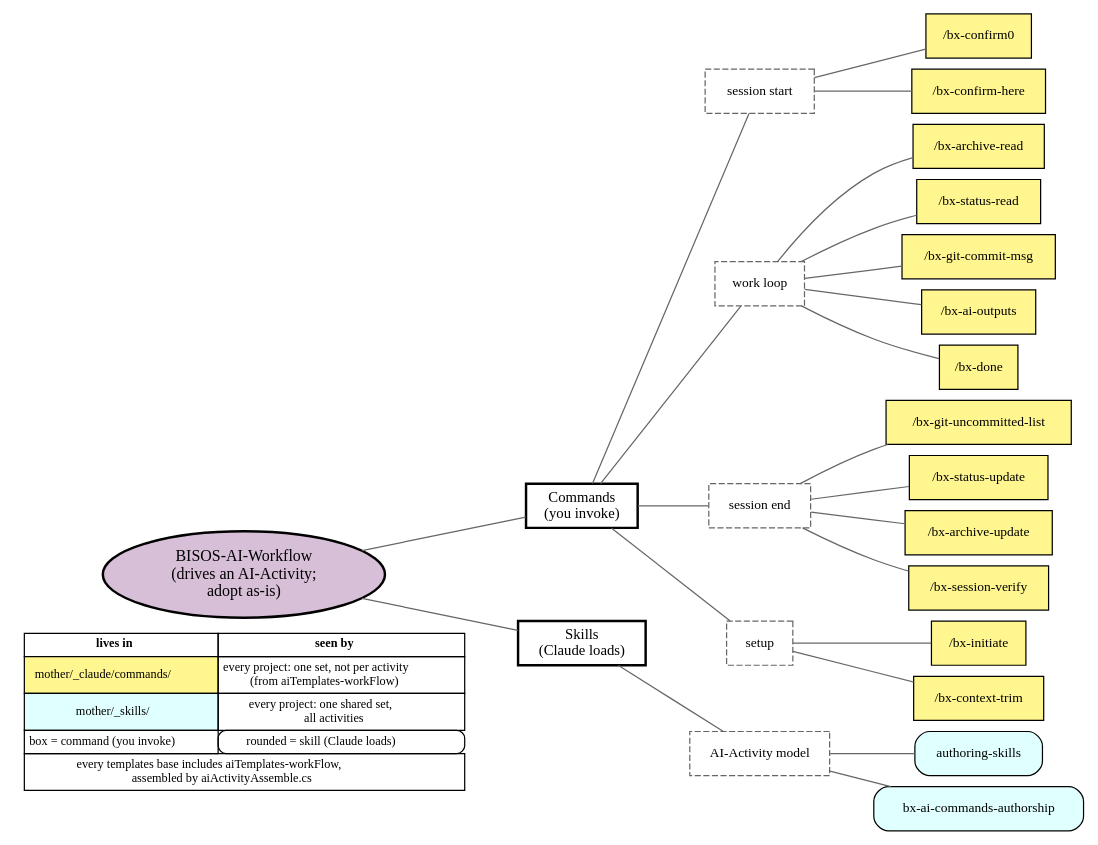
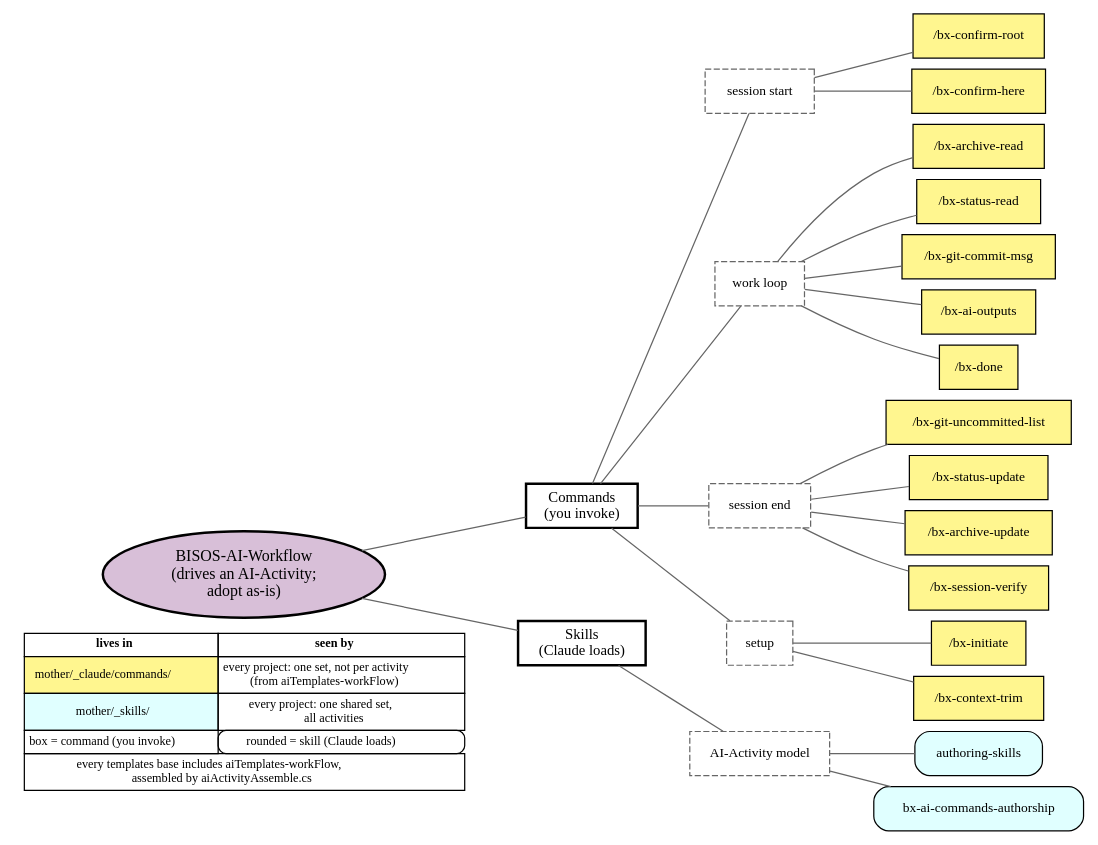
One commit to bisos-pip/aiActivity changed the diagram in py3/images/aiGeneralTree.gv. Above: the diagram before and after it, drawn with Graphviz. The commit also changed 27 other files, not shown here.

```diff
--- a/py3/images/aiGeneralTree.gv
+++ b/py3/images/aiGeneralTree.gv
@@ -1,59 +1,59 @@
 digraph {
 	nodesep=0.12 rankdir=LR ranksep=0.5
 	node [fontsize=11]
 	root [label="BISOS-AI-Workflow
 (drives an AI-Activity;
 adopt as-is)" fillcolor=thistle fontsize=13 shape=ellipse style="filled,bold"]
 	commands [label="Commands
 (you invoke)" fontsize=12 shape=box style=bold]
 	skills [label="Skills
 (Claude loads)" fontsize=12 shape=box style=bold]
 	root -> commands [arrowhead=none color=gray40]
 	root -> skills [arrowhead=none color=gray40]
 	cmdStart [label="session start" color=gray40 fontsize=11 shape=box style=dashed]
 	commands -> cmdStart [arrowhead=none color=gray40]
-	"/bx-confirm0" [label="/bx-confirm0" fillcolor=khaki1 shape=box style=filled]
-	cmdStart -> "/bx-confirm0" [arrowhead=none color=gray40]
+	"/bx-confirm-root" [label="/bx-confirm-root" fillcolor=khaki1 shape=box style=filled]
+	cmdStart -> "/bx-confirm-root" [arrowhead=none color=gray40]
 	"/bx-confirm-here" [label="/bx-confirm-here" fillcolor=khaki1 shape=box style=filled]
 	cmdStart -> "/bx-confirm-here" [arrowhead=none color=gray40]
 	cmdLoop [label="work loop" color=gray40 fontsize=11 shape=box style=dashed]
 	commands -> cmdLoop [arrowhead=none color=gray40]
 	"/bx-archive-read" [label="/bx-archive-read" fillcolor=khaki1 shape=box style=filled]
 	cmdLoop -> "/bx-archive-read" [arrowhead=none color=gray40]
 	"/bx-status-read" [label="/bx-status-read" fillcolor=khaki1 shape=box style=filled]
 	cmdLoop -> "/bx-status-read" [arrowhead=none color=gray40]
 	"/bx-git-commit-msg" [label="/bx-git-commit-msg" fillcolor=khaki1 shape=box style=filled]
 	cmdLoop -> "/bx-git-commit-msg" [arrowhead=none color=gray40]
 	"/bx-ai-outputs" [label="/bx-ai-outputs" fillcolor=khaki1 shape=box style=filled]
 	cmdLoop -> "/bx-ai-outputs" [arrowhead=none color=gray40]
 	"/bx-done" [label="/bx-done" fillcolor=khaki1 shape=box style=filled]
 	cmdLoop -> "/bx-done" [arrowhead=none color=gray40]
 	cmdEnd [label="session end" color=gray40 fontsize=11 shape=box style=dashed]
 	commands -> cmdEnd [arrowhead=none color=gray40]
 	"/bx-git-uncommitted-list" [label="/bx-git-uncommitted-list" fillcolor=khaki1 shape=box style=filled]
 	cmdEnd -> "/bx-git-uncommitted-list" [arrowhead=none color=gray40]
 	"/bx-status-update" [label="/bx-status-update" fillcolor=khaki1 shape=box style=filled]
 	cmdEnd -> "/bx-status-update" [arrowhead=none color=gray40]
 	"/bx-archive-update" [label="/bx-archive-update" fillcolor=khaki1 shape=box style=filled]
 	cmdEnd -> "/bx-archive-update" [arrowhead=none color=gray40]
 	"/bx-session-verify" [label="/bx-session-verify" fillcolor=khaki1 shape=box style=filled]
 	cmdEnd -> "/bx-session-verify" [arrowhead=none color=gray40]
 	cmdSetup [label=setup color=gray40 fontsize=11 shape=box style=dashed]
 	commands -> cmdSetup [arrowhead=none color=gray40]
 	"/bx-initiate" [label="/bx-initiate" fillcolor=khaki1 shape=box style=filled]
 	cmdSetup -> "/bx-initiate" [arrowhead=none color=gray40]
 	"/bx-context-trim" [label="/bx-context-trim" fillcolor=khaki1 shape=box style=filled]
 	cmdSetup -> "/bx-context-trim" [arrowhead=none color=gray40]
 	skAiActivity [label="AI-Activity model" color=gray40 fontsize=11 shape=box style=dashed]
 	skills -> skAiActivity [arrowhead=none color=gray40]
 	"authoring-skills" [label="authoring-skills" fillcolor=lightcyan shape=box style="filled,rounded"]
 	skAiActivity -> "authoring-skills" [arrowhead=none color=gray40]
 	"bx-ai-commands-authorship" [label="bx-ai-commands-authorship" fillcolor=lightcyan shape=box style="filled,rounded"]
 	skAiActivity -> "bx-ai-commands-authorship" [arrowhead=none color=gray40]
 	{
 		rank=same
 		root
 		legend [label=<<TABLE BORDER="0" CELLBORDER="1" CELLSPACING="0" CELLPADDING="3"><TR><TD><B>lives in</B></TD><TD><B>seen by</B></TD></TR><TR><TD BGCOLOR="khaki1">mother/_claude/commands/</TD><TD>every project: one set, not per activity<BR/>(from aiTemplates-workFlow)</TD></TR><TR><TD BGCOLOR="lightcyan">mother/_skills/</TD><TD>every project: one shared set,<BR/>all activities</TD></TR><TR><TD>box = command (you invoke)</TD><TD STYLE="rounded">rounded = skill (Claude loads)</TD></TR><TR><TD COLSPAN="2">every templates base includes aiTemplates-workFlow,<BR/>assembled by aiActivityAssemble.cs</TD></TR></TABLE>> fontsize=10 shape=plaintext]
 	}
 	root -> legend [style=invis]
 }
```
